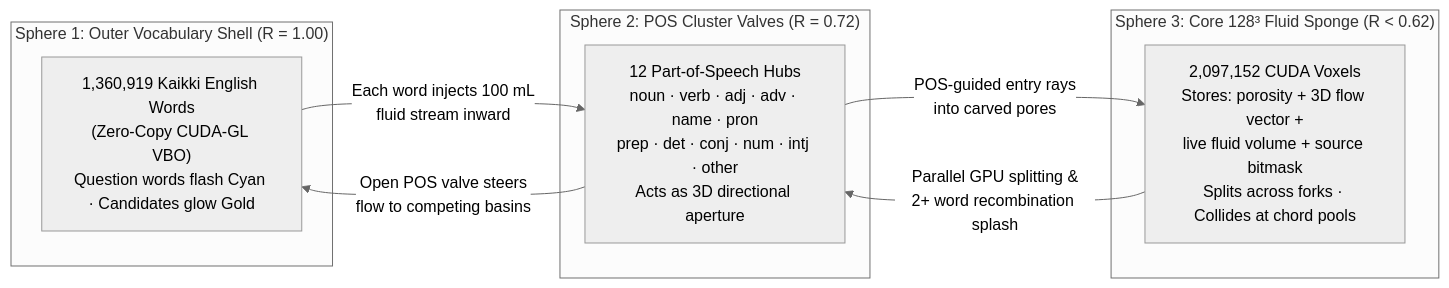
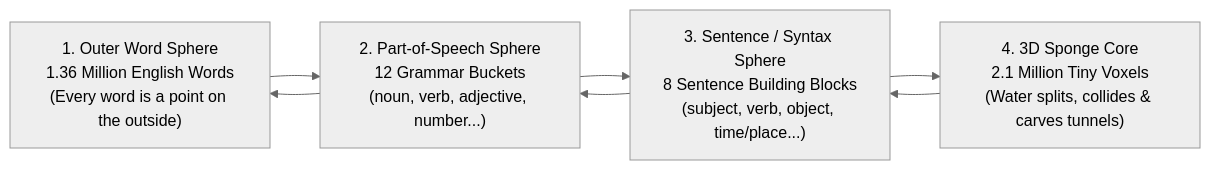
The diagram in README.md (itzBawantha/geometry-based-large-language-model), drawn with Mermaid (neutral theme) before and after one commit. The commit also changed other lines of this file and 4 other files, not shown here.

Commit message:
Add 4th Syntactic Sphere with natural sentence cascade, update 4-sphere screenshot, and rewrite README in simple plain English

````diff
--- a/README.md
+++ b/README.md
@@ -40,19 +44,10 @@
 ```mermaid
 flowchart LR
-    subgraph S1["Sphere 1: Outer Vocabulary Shell (R = 1.00)"]
-        W["1,360,919 Kaikki English Words\n(Zero-Copy CUDA-GL VBO)\nQuestion words flash Cyan · Candidates glow Gold"]
-    end
+    S1["1. Outer Word Sphere\n1.36 Million English Words\n(Every word is a point on the outside)"]
+    S2["2. Part-of-Speech Sphere\n12 Grammar Buckets\n(noun, verb, adjective, number...)"]
+    S3["3. Sentence / Syntax Sphere\n8 Sentence Building Blocks\n(subject, verb, object, time/place...)"]
+    S4["4. 3D Sponge Core\n2.1 Million Tiny Voxels\n(Water splits, collides & carves tunnels)"]
 
-    subgraph S2["Sphere 2: POS Cluster Valves (R = 0.72)"]
-        P["12 Part-of-Speech Hubs\nnoun · verb · adj · adv · name · pron\nprep · det · conj · num · intj · other\nActs as 3D directional aperture"]
-    end
-
-    subgraph S3["Sphere 3: Core 128³ Fluid Sponge (R < 0.62)"]
-        SP["2,097,152 CUDA Voxels\nStores: porosity + 3D flow vector +\nlive fluid volume + source bitmask\nSplits across forks · Collides at chord pools"]
-    end
-
-    W -- "Each word injects 100 mL\nfluid stream inward" --> P
-    P -- "POS-guided entry rays\ninto carved pores" --> SP
-    SP -- "Parallel GPU splitting &\n2+ word recombination splash" --> P
-    P -- "Open POS valve steers\nflow to competing basins" --> W
+    S1 --> S2 --> S3 --> S4
+    S4 --> S3 --> S2 --> S1
 ```
````
